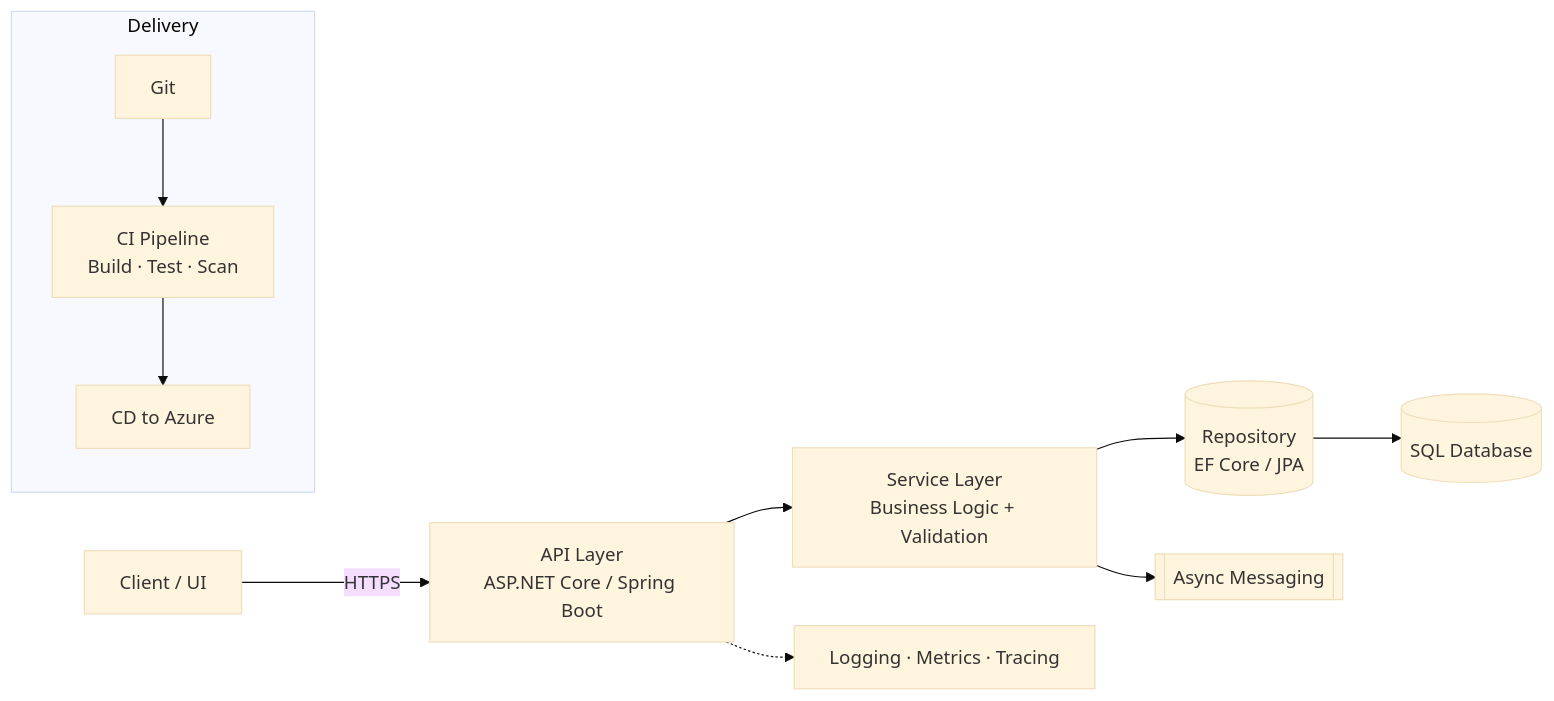
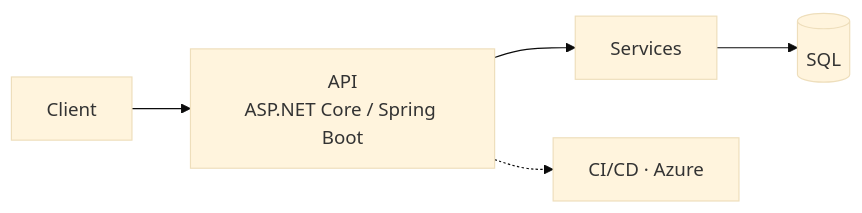
One commit to whoayushh/whoayushh changed the diagram in README.md. Above: the diagram before and after it, drawn with Mermaid (base theme). The commit also changed other lines of this file, not shown here.

````diff
--- a/README.md
+++ b/README.md
@@ -69,12 +42,5 @@
 ```mermaid
 flowchart LR
-    C[Client / UI] -->|HTTPS| G[API Layer<br/>ASP.NET Core / Spring Boot]
-    G --> S[Service Layer<br/>Business Logic + Validation]
-    S --> R[(Repository<br/>EF Core / JPA)]
-    R --> D[(SQL Database)]
-    S --> Q[[Async Messaging]]
-    G -.-> O[Logging · Metrics · Tracing]
-    subgraph Delivery
-      P[Git] --> CI[CI Pipeline<br/>Build · Test · Scan] --> CD[CD to Azure]
-    end
+    A[Client] --> B[API<br/>ASP.NET Core / Spring Boot] --> C[Services] --> D[(SQL)]
+    B -.-> E[CI/CD · Azure]
 ```
````
